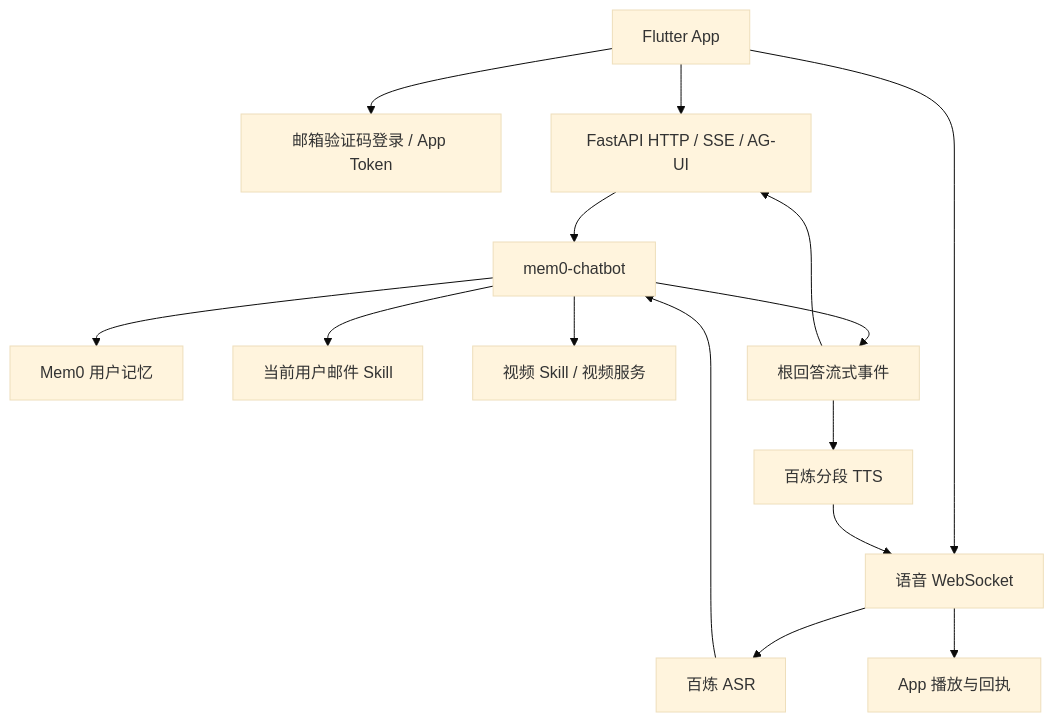
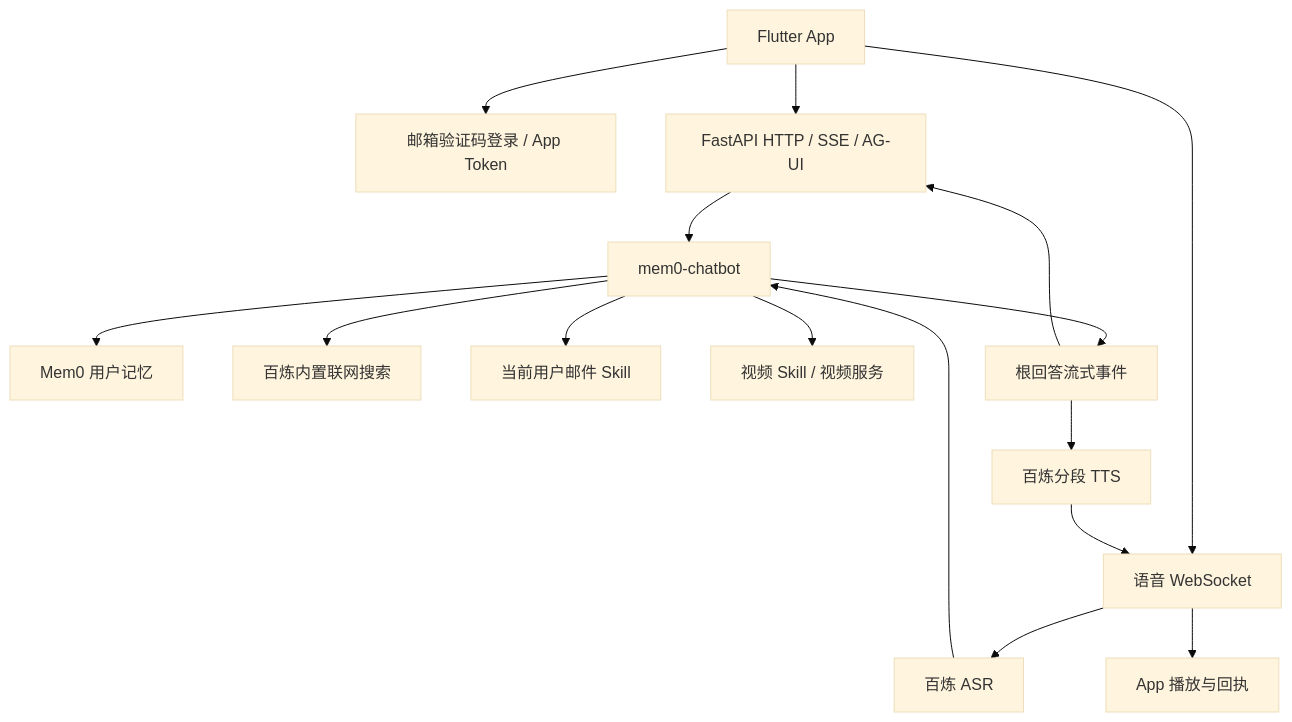
Before and after one commit to coderpwh1024/agent-voice-server: the diagram in README.md, drawn with Mermaid (base theme). The commit also changed other lines of this file and 7 other files, not shown here.

Commit message:
feat(chat): enable Bailian built-in web search for main replies

````diff
--- a/README.md
+++ b/README.md
@@ -22,17 +22,18 @@
 ```mermaid
 flowchart TD
     App[Flutter App] --> Login[邮箱验证码登录 / App Token]
     App --> HTTP[FastAPI HTTP / SSE / AG-UI]
     App --> WS[语音 WebSocket]
     WS --> ASR[百炼 ASR]
     ASR --> Main[mem0-chatbot]
     HTTP --> Main
     Main --> Memory[Mem0 用户记忆]
+    Main --> Search[百炼内置联网搜索]
     Main --> Email[当前用户邮件 Skill]
     Main --> Video[视频 Skill / 视频服务]
     Main --> Text[根回答流式事件]
     Text --> HTTP
     Text --> TTS[百炼分段 TTS]
     TTS --> WS
     WS --> Playback[App 播放与回执]
 ```
````
